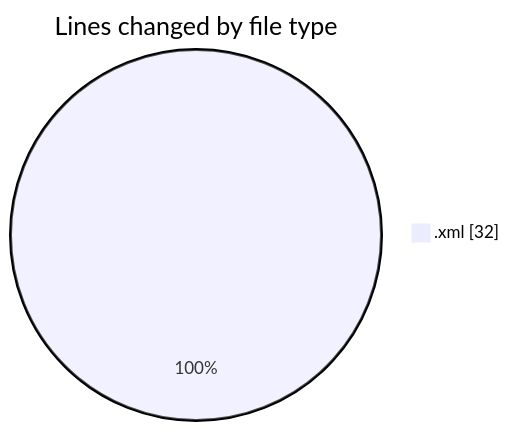
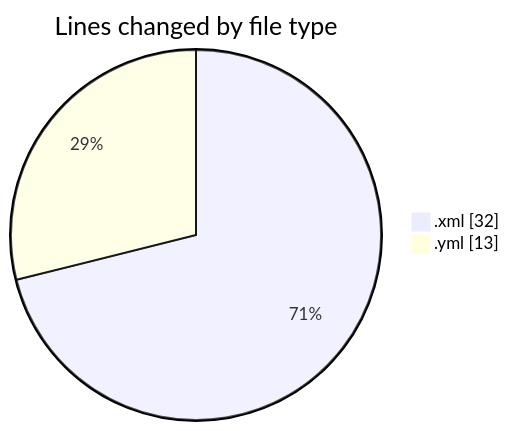
One commit to hasnaa123/code-tracking changed the first of 2 diagrams in 2026-11-12/java-dsa/README.md. Above: the diagram before and after it, drawn with Mermaid. The commit also changed other lines of this file and 1 other file, not shown here.

````diff
--- a/2026-11-12/java-dsa/README.md
+++ b/2026-11-12/java-dsa/README.md
@@ -20,5 +21,6 @@
 ```mermaid
 pie showData
 title Lines changed by file type
 ".xml" : 32
+".yml" : 13
 ```
````
